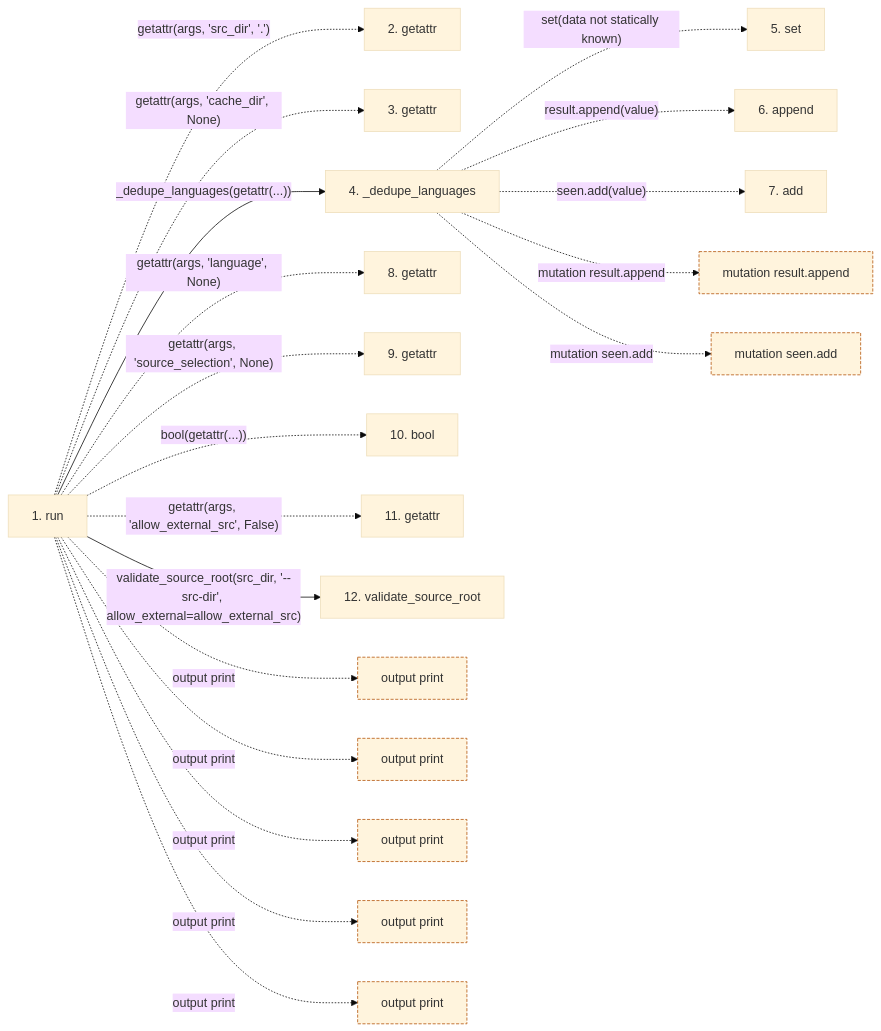
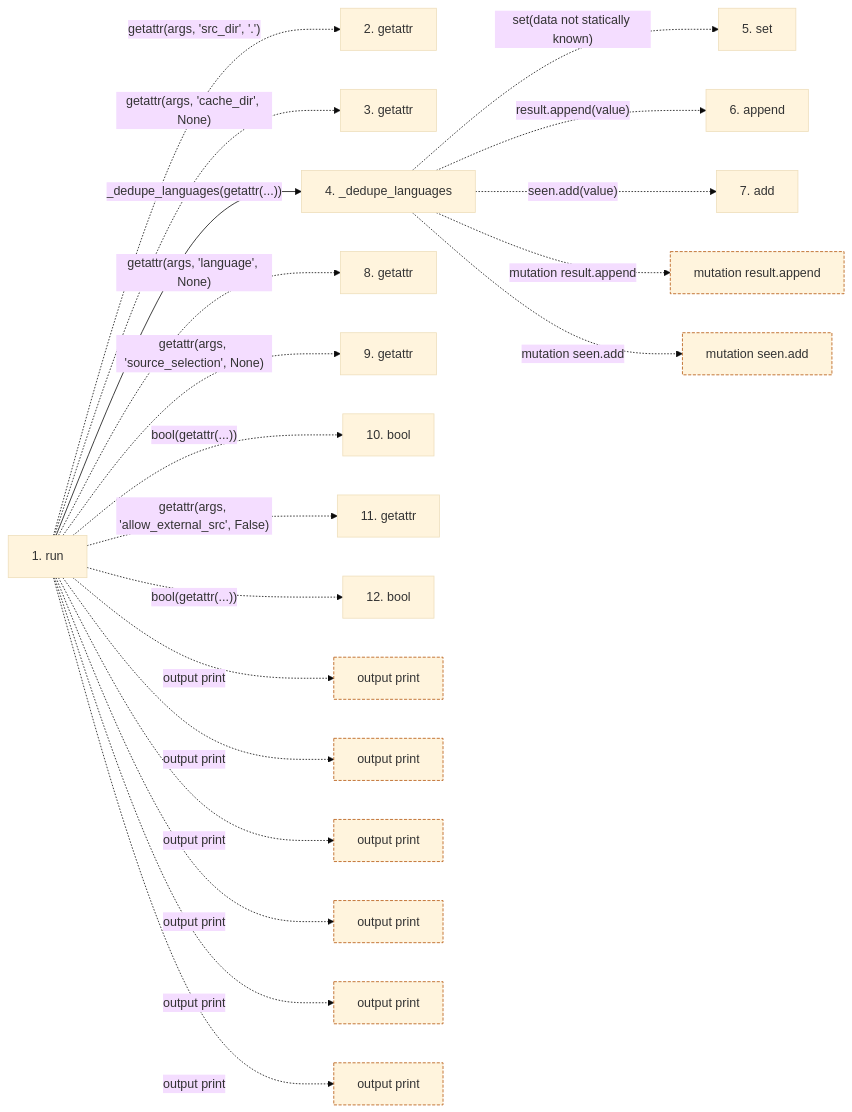
The second of 2 diagrams in docs/llm_wiki/flows/cli-prepare-extractors.md (Denissvgn/python-wiki-llm), drawn with Mermaid (base theme) before and after one commit. The commit also changed other lines of this file and 48 other files, not shown here.

````diff
--- a/docs/llm_wiki/flows/cli-prepare-extractors.md
+++ b/docs/llm_wiki/flows/cli-prepare-extractors.md
@@ -82,51 +80,53 @@
 ```mermaid
 flowchart LR
     s1["1. run"]
     s2["2. getattr"]
     s3["3. getattr"]
     s4["4. _dedupe_languages"]
     s5["5. set"]
     s6["6. append"]
     s7["7. add"]
     s8["8. getattr"]
     s9["9. getattr"]
     s10["10. bool"]
     s11["11. getattr"]
-    s12["12. validate_source_root"]
+    s12["12. bool"]
     s1 -. "getattr(args, 'src_dir', '.')" .-> s2
     s1 -. "getattr(args, 'cache_dir', None)" .-> s3
     s1 -->|"_dedupe_languages(getattr(...))"| s4
     s4 -. "set(data not statically known)" .-> s5
     s4 -. "result.append(value)" .-> s6
     s4 -. "seen.add(value)" .-> s7
     s1 -. "getattr(args, 'language', None)" .-> s8
     s1 -. "getattr(args, 'source_selection', None)" .-> s9
     s1 -. "bool(getattr(...))" .-> s10
     s1 -. "getattr(args, 'allow_external_src', False)" .-> s11
-    s1 -->|"validate_source_root(src_dir, '--src-dir', allow_external=allow_external_src)"| s12
+    s1 -. "bool(getattr(...))" .-> s12
     b0["output print"]
     s1 -. "output print" .-> b0
     b1["output print"]
     s1 -. "output print" .-> b1
     b2["output print"]
     s1 -. "output print" .-> b2
     b3["output print"]
     s1 -. "output print" .-> b3
     b4["output print"]
     s1 -. "output print" .-> b4
-    b5["mutation result.append"]
-    s4 -. "mutation result.append" .-> b5
-    b6["mutation seen.add"]
-    s4 -. "mutation seen.add" .-> b6
+    b5["output print"]
+    s1 -. "output print" .-> b5
+    b6["mutation result.append"]
+    s4 -. "mutation result.append" .-> b6
+    b7["mutation seen.add"]
+    s4 -. "mutation seen.add" .-> b7
     click s1 "../modules/prepare_extractors_cmd.md"
     click s4 "../modules/prepare_extractors_cmd.md"
-    click s12 "../modules/config.md"
     classDef boundary stroke:#b45309,stroke-dasharray: 4 2
     class b0 boundary
     class b1 boundary
     class b2 boundary
     class b3 boundary
     class b4 boundary
     class b5 boundary
     class b6 boundary
+    class b7 boundary
 ```
````
